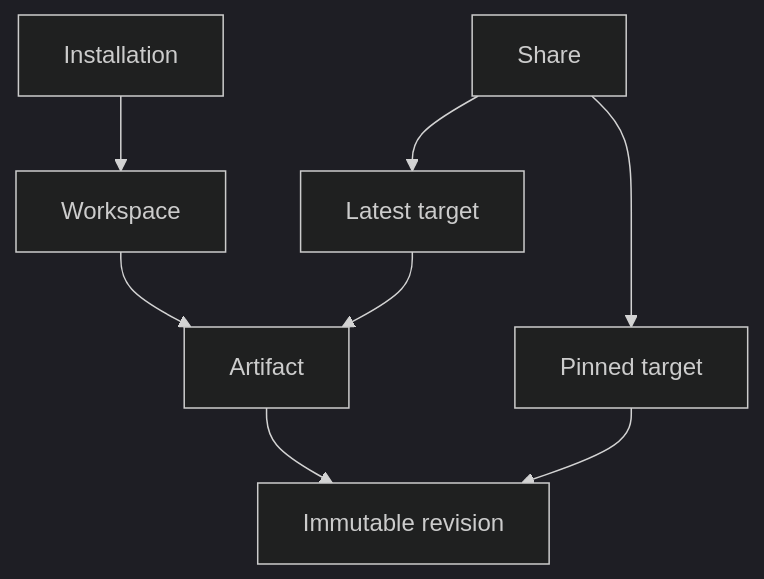
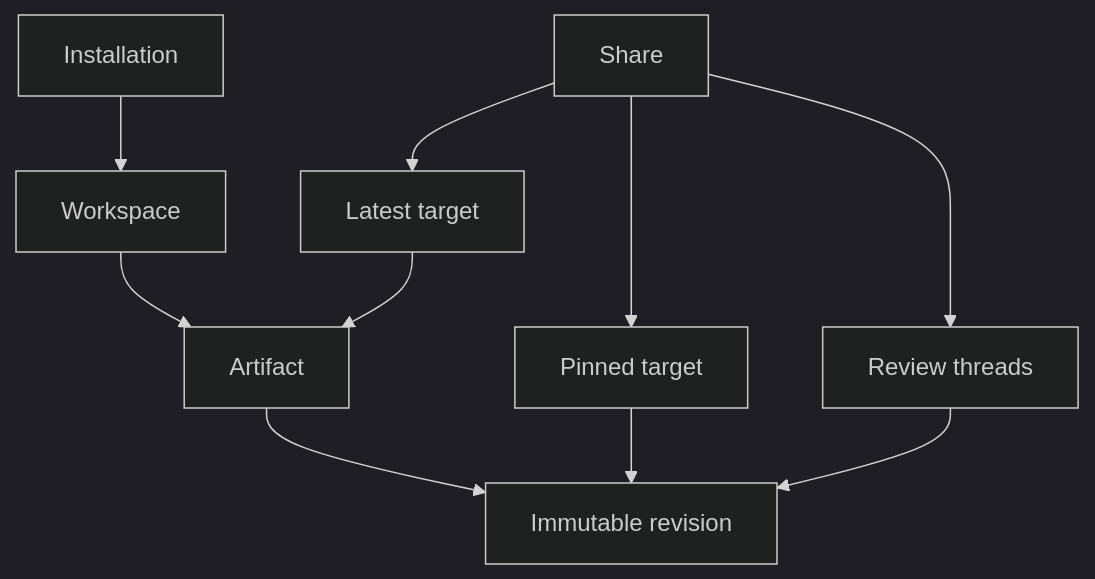
One commit to amitray007/shelf changed the first of 3 diagrams in docs/plans/2026-08-17-0030-feat-shelf-product-plan.md. Above: the diagram before and after it, drawn with Mermaid (dark theme). The commit also changed other lines of this file and 105 other files, not shown here.

````diff
--- a/docs/plans/2026-08-17-0030-feat-shelf-product-plan.md
+++ b/docs/plans/2026-08-17-0030-feat-shelf-product-plan.md
@@ -53,10 +54,12 @@
 ```mermaid
 flowchart TB
   I[Installation] --> W[Workspace]
   W --> A[Artifact]
   A --> R[Immutable revision]
   S[Share] --> L[Latest target]
   S --> P[Pinned target]
+  S --> C[Review threads]
   L --> A
   P --> R
+  C --> R
 ```
````
